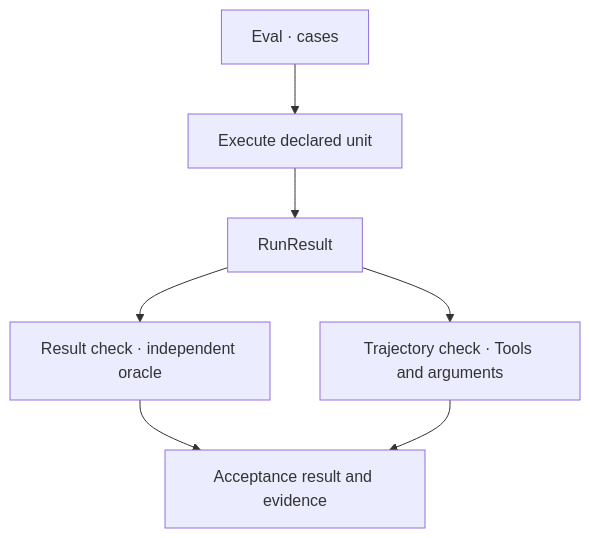
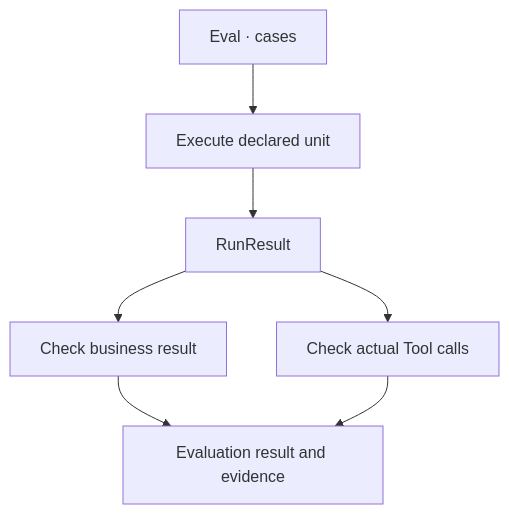
One commit to JacoboGGLeon/agentic_systems changed the fifth of 5 diagrams in README.md. Above: the diagram before and after it, drawn with Mermaid. The commit also changed other lines of this file, not shown here.

````diff
--- a/README.md
+++ b/README.md
@@ -342,9 +301,9 @@
 ```mermaid
 flowchart TD
     C["Eval · cases"] --> U["Execute declared unit"]
     U --> R["RunResult"]
-    R --> N["Result check · independent oracle"]
-    R --> T["Trajectory check · Tools and arguments"]
-    N --> V["Acceptance result and evidence"]
-    T --> V
+    R --> B["Check business result"]
+    R --> T["Check actual Tool calls"]
+    B --> A["Evaluation result and evidence"]
+    T --> A
 ```
````
